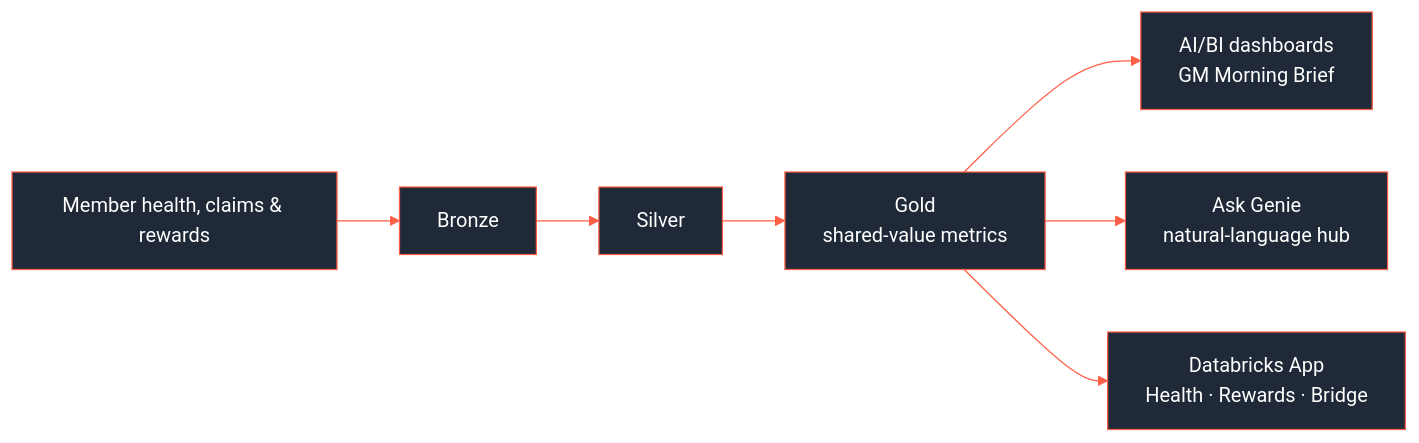
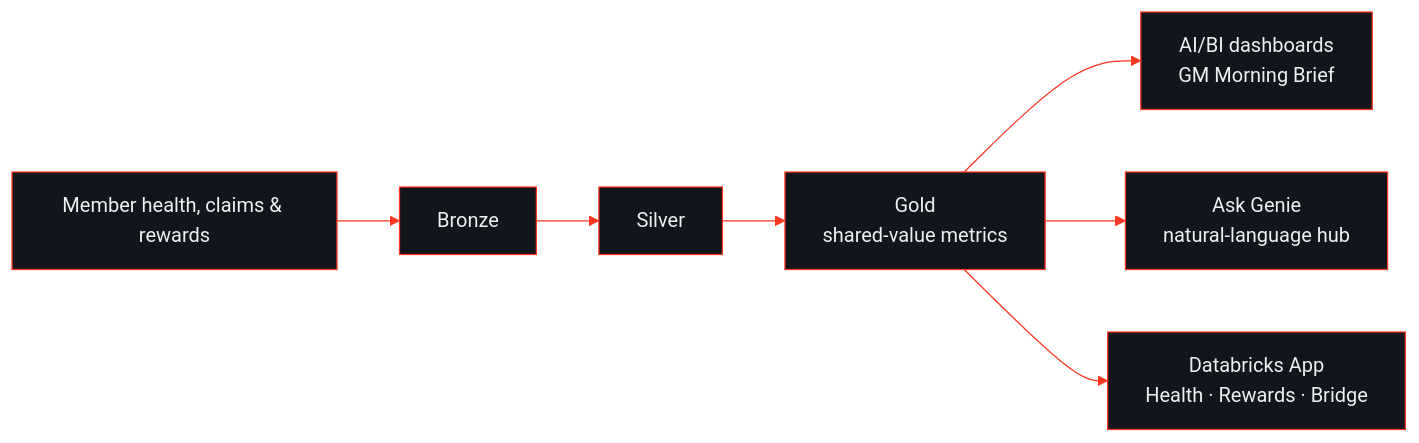
The second of 2 diagrams in README.md (jason-miles/jason-miles), drawn with Mermaid before and after one commit. The commit also changed other lines of this file and 14 other files, not shown here.

````diff
--- a/README.md
+++ b/README.md
@@ -127,8 +100,8 @@
 ```mermaid
-%%{init: {'theme':'base','themeVariables':{'primaryColor':'#1f2937','primaryTextColor':'#ffffff','primaryBorderColor':'#FF5F46','lineColor':'#FF5F46','clusterBkg':'#1f2937','fontFamily':'-apple-system, Segoe UI, sans-serif'}}}%%
+%%{init: {'theme':'base','themeVariables':{'primaryColor':'#12161C','primaryTextColor':'#EDF0F3','primaryBorderColor':'#FF3621','lineColor':'#FF3621','clusterBkg':'#12161C','fontFamily':'-apple-system, Segoe UI, sans-serif'}}}%%
 flowchart LR
   M[Member health, claims & rewards] --> BZ[Bronze] --> SV[Silver] --> GD[Gold<br/>shared-value metrics]
   GD --> DASH[AI/BI dashboards<br/>GM Morning Brief]
   GD --> GEN[Ask Genie<br/>natural-language hub]
   GD --> APP[Databricks App<br/>Health · Rewards · Bridge]
 ```
````
